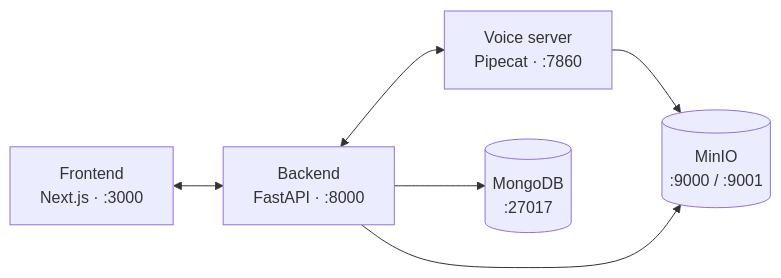
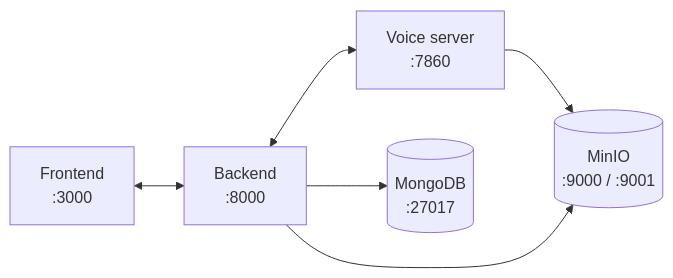
One commit to geojoseph19/voicera changed the diagram in docs/README.md. Above: the diagram before and after it, drawn with Mermaid. The commit also changed 5 other files, not shown here.

````diff
--- a/docs/README.md
+++ b/docs/README.md
@@ -36,14 +36,14 @@
 ```mermaid
 flowchart LR
-  FE["Frontend<br/>Next.js · :3000"]
-  BE["Backend<br/>FastAPI · :8000"]
-  VS["Voice server<br/>Pipecat · :7860"]
+  FE["Frontend<br/>:3000"]
+  BE["Backend<br/>:8000"]
+  VS["Voice server<br/>:7860"]
   DB[("MongoDB<br/>:27017")]
   S3[("MinIO<br/>:9000 / :9001")]
 
   FE <--> BE
   BE <--> VS
   BE --> DB
   VS --> S3
   BE --> S3
 ```
````
